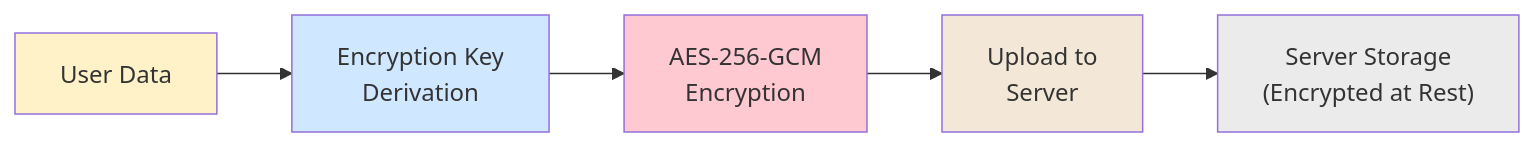
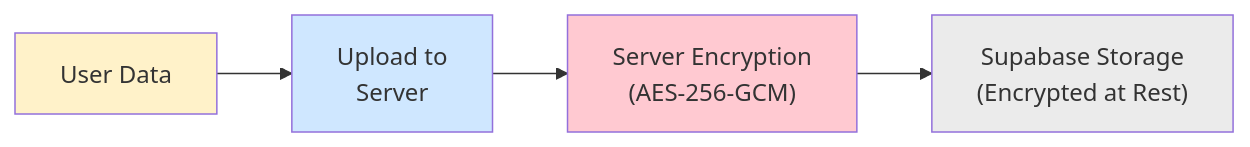
The fourth of 4 diagrams in TECHNICAL_DOCUMENTATION.md (bjh-developer/restrip), drawn with Mermaid before and after one commit. The commit also changed other lines of this file, not shown here.

Commit message:
Update TECHNICAL_DOCUMENTATION.md - auth and encryption sections

````diff
--- a/TECHNICAL_DOCUMENTATION.md
+++ b/TECHNICAL_DOCUMENTATION.md
@@ -960,13 +981,11 @@
 ```mermaid
 graph LR
-    A["User Data"] --> B["Encryption Key<br/>Derivation"]
-    B --> C["AES-256-GCM<br/>Encryption"]
-    C --> D["Upload to<br/>Server"]
-    D --> E["Server Storage<br/>(Encrypted at Rest)"]
-
+    A["User Data"] --> B["Upload to<br/>Server"]
+    B --> C["Server Encryption<br/>(AES-256-GCM)"]
+    C --> D["Supabase Storage<br/>(Encrypted at Rest)"]
+    
     style A fill:#fff2c9
     style B fill:#cfe7ff
     style C fill:#ffc9d1
-    style D fill:#f3e8d8
-    style E fill:#ebebeb
+    style D fill:#ebebeb
 ```
````
